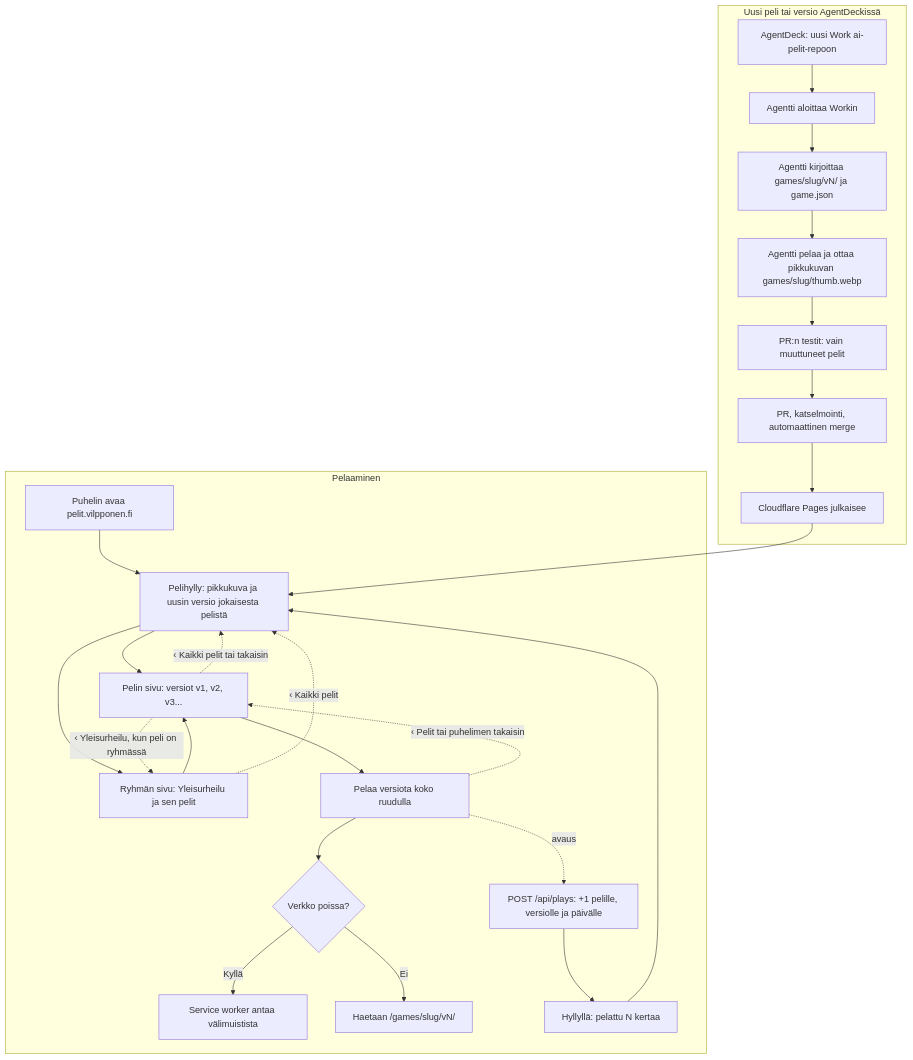
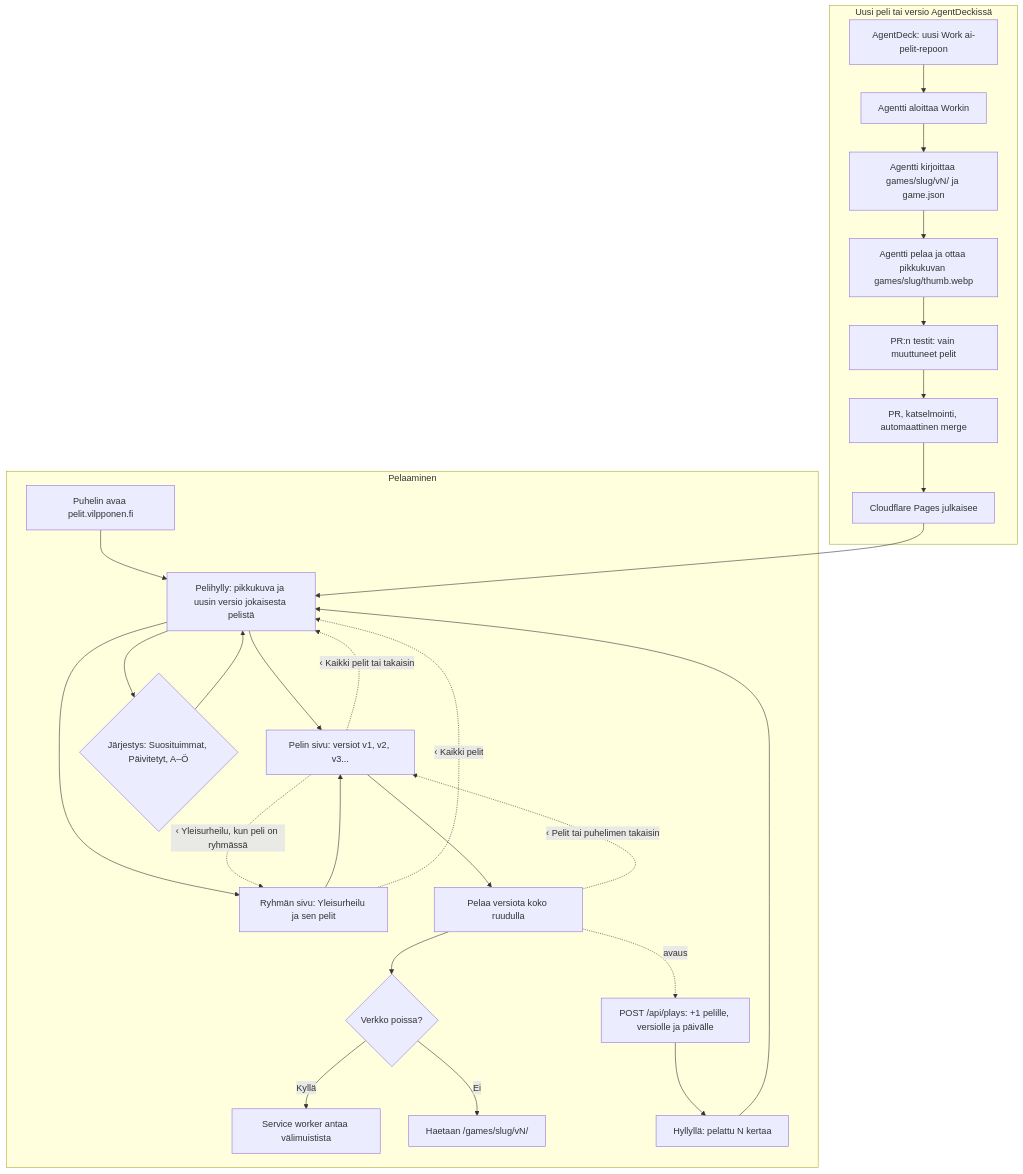
One commit to eerovil/ai-pelit changed the diagram in docs/diagrams/ai-pelit.md. Above: the diagram before and after it, drawn with Mermaid. The commit also changed other lines of this file and 4 other files, not shown here.

First line of the commit message:
Shelf order: Suosituimmat, Päivitetyt, A–Ö (#279) (#280)

````diff
--- a/docs/diagrams/ai-pelit.md
+++ b/docs/diagrams/ai-pelit.md
@@ -8,36 +8,38 @@
 ```mermaid
 flowchart TD
   subgraph Pelaaminen
     A[Puhelin avaa pelit.vilpponen.fi] --> B[Pelihylly: pikkukuva ja uusin versio jokaisesta pelistä]
     B --> C[Pelin sivu: versiot v1, v2, v3...]
+    B --> J{Järjestys: Suosituimmat, Päivitetyt, A–Ö}
+    J --> B
     B --> R[Ryhmän sivu: Yleisurheilu ja sen pelit]
     R --> C
     R -. ‹ Kaikki pelit .-> B
     C --> D[Pelaa versiota koko ruudulla]
     D -. ‹ Pelit tai puhelimen takaisin .-> C
     C -. ‹ Kaikki pelit tai takaisin .-> B
     C -. ‹ Yleisurheilu, kun peli on ryhmässä .-> R
     D --> E{Verkko poissa?}
     E -- Kyllä --> F[Service worker antaa välimuistista]
     E -- Ei --> G[Haetaan /games/slug/vN/]
     D -. avaus .-> P[POST /api/plays: +1 pelille, versiolle ja päivälle]
     P --> Q[Hyllyllä: pelattu N kertaa]
     Q --> B
   end
   subgraph Uusi peli tai versio AgentDeckissä
     H[AgentDeck: uusi Work ai-pelit-repoon] --> L[Agentti aloittaa Workin]
     L --> M[Agentti kirjoittaa games/slug/vN/ ja game.json]
     M --> T[Agentti pelaa ja ottaa pikkukuvan games/slug/thumb.webp]
     T --> U[PR:n testit: vain muuttuneet pelit]
     U --> N[PR, katselmointi, automaattinen merge]
     N --> O[Cloudflare Pages julkaisee]
     O --> B
   end
   class A,B,C,D,Q,R blue
-  class E amber
+  class E,J amber
   class F,G,P teal
   class H violet
   class L,M,T,N rose
   class U amber
   class O green
 ```
````
